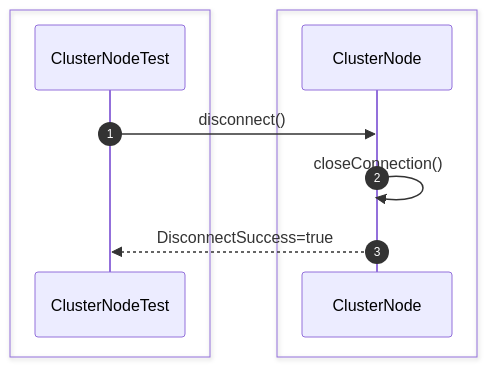
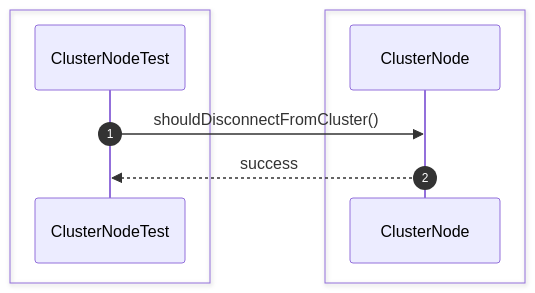
One commit to Huy1801214/dbms-architecture changed diagram 13 of 26 in src/sequence/replication.md. Above: the diagram before and after it, drawn with Mermaid. The commit also changed other lines of this file and 68 other files, not shown here.

Commit message:
implement comprehensive unit test suite and architectural sequence documentation

````diff
--- a/src/sequence/replication.md
+++ b/src/sequence/replication.md
@@ -235,15 +188,13 @@
 ```mermaid
 sequenceDiagram
     autonumber
-
     box #e1f5fe Test Suite
     participant Test as ClusterNodeTest
     end
-    box #ffebee Replication Components
-    participant Node as ClusterNode
+    box #e3f2fd ClusterNode Component
+    participant CN as ClusterNode
     end
 
-    Test->>Node: disconnect()
-    Node->>Node: closeConnection()
-    Node-->>Test: DisconnectSuccess=true
+    Test->>CN: shouldDisconnectFromCluster()
+    CN-->>Test: success
 ```
````
